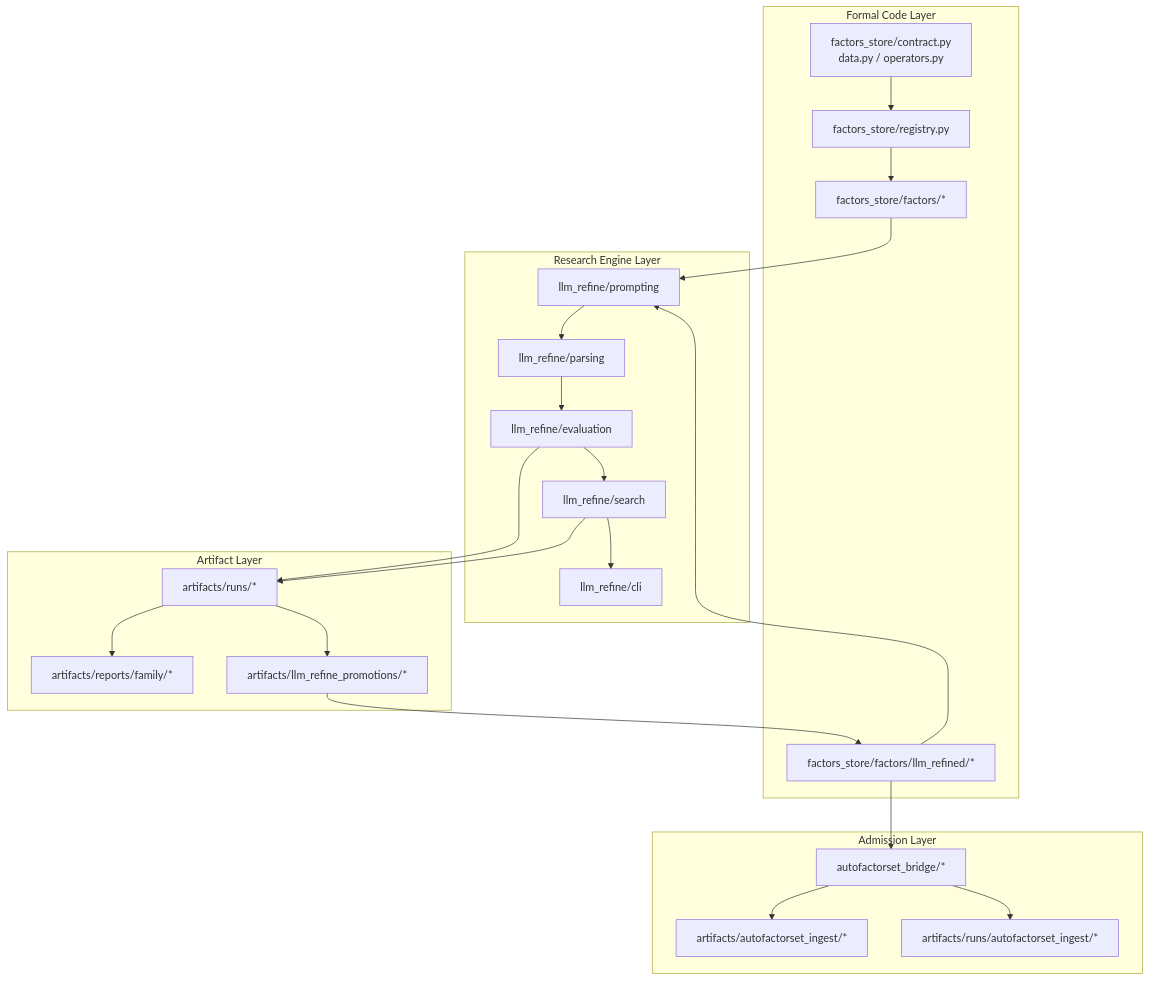
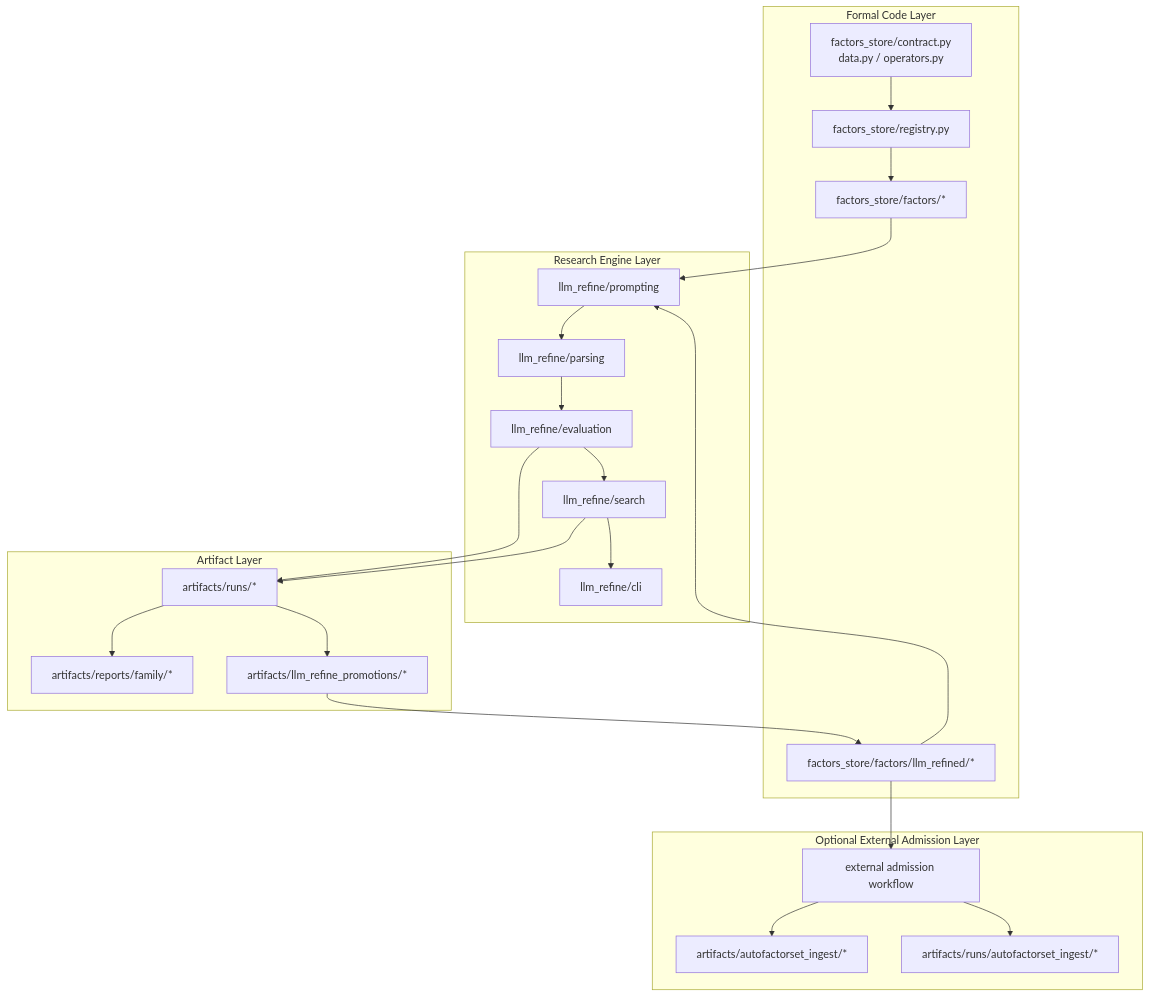
One commit to zhangxinyue1017/AlphaRefinery changed the second of 3 diagrams in README.md. Above: the diagram before and after it, drawn with Mermaid. The commit also changed other lines of this file and 24 other files, not shown here.

````diff
--- a/README.md
+++ b/README.md
@@ -167,46 +166,46 @@
 ```mermaid
 graph TD
     subgraph Code["Formal Code Layer"]
         A1["factors_store/contract.py<br/>data.py / operators.py"]
         A2["factors_store/registry.py"]
         A3["factors_store/factors/*"]
         A4["factors_store/factors/llm_refined/*"]
     end
 
     subgraph Refine["Research Engine Layer"]
         B1["llm_refine/prompting"]
         B2["llm_refine/parsing"]
         B3["llm_refine/evaluation"]
         B4["llm_refine/search"]
         B5["llm_refine/cli"]
     end
 
     subgraph Artifact["Artifact Layer"]
         C1["artifacts/runs/*"]
         C2["artifacts/reports/family/*"]
         C3["artifacts/llm_refine_promotions/*"]
     end
 
-    subgraph Admission["Admission Layer"]
-        D1["autofactorset_bridge/*"]
+    subgraph Admission["Optional External Admission Layer"]
+        D1["external admission workflow"]
         D2["artifacts/autofactorset_ingest/*"]
         D3["artifacts/runs/autofactorset_ingest/*"]
     end
 
     A1 --> A2
     A2 --> A3
     B1 --> B2
     B2 --> B3
     B3 --> B4
     B4 --> B5
     A3 --> B1
     A4 --> B1
     B3 --> C1
     B4 --> C1
     C1 --> C2
     C1 --> C3
     C3 --> A4
     A4 --> D1
     D1 --> D2
     D1 --> D3
 ```
````
